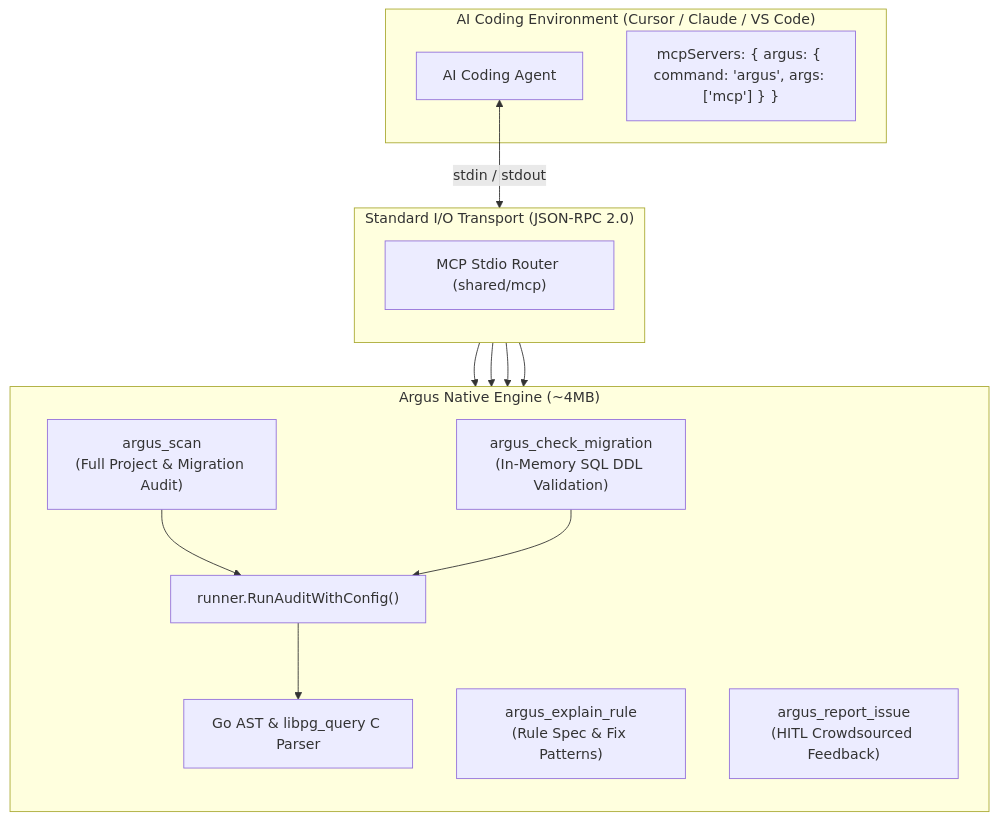
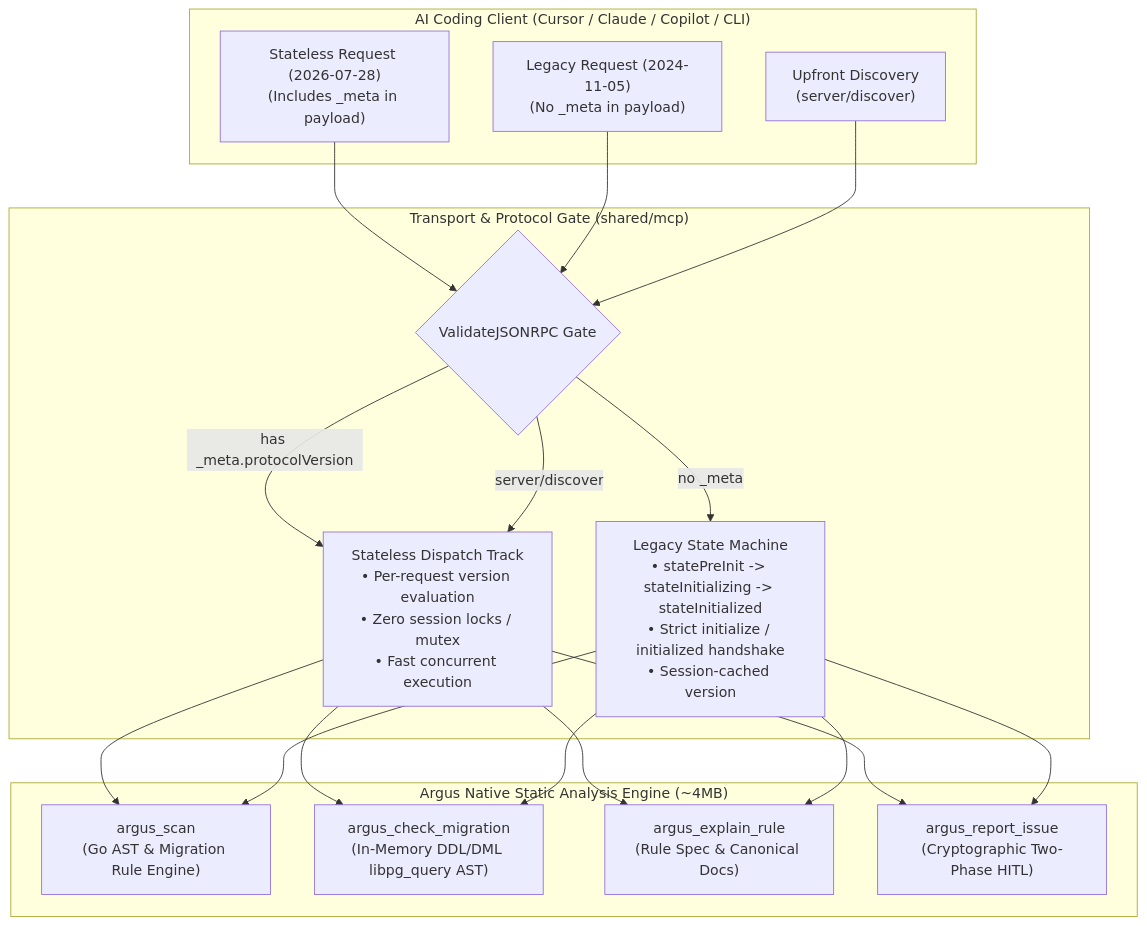
The diagram in wiki/MCP-Server.md (will2469/argus), drawn with Mermaid before and after one commit. The commit also changed other lines of this file and 9 other files, not shown here.

Commit message:
feat: standardize MCP _meta responses, upgrade to 2026-07-28 protocol, and implement permissive _meta key fallback

````diff
--- a/wiki/MCP-Server.md
+++ b/wiki/MCP-Server.md
@@ -16,23 +16,32 @@
 ```mermaid
 flowchart TD
-    subgraph IDE ["AI Coding Environment (Cursor / Claude / VS Code)"]
-        Agent["AI Coding Agent"]
-        Config["mcpServers: { argus: { command: 'argus', args: ['mcp'] } }"]
+    subgraph CLIENT ["AI Coding Client (Cursor / Claude / Copilot / CLI)"]
+        ReqStateless["Stateless Request (2026-07-28)\n(Includes _meta in payload)"]
+        ReqLegacy["Legacy Request (2024-11-05)\n(No _meta in payload)"]
+        ReqDiscover["Upfront Discovery\n(server/discover)"]
     end
 
-    subgraph PROTOCOL ["Standard I/O Transport (JSON-RPC 2.0)"]
-        direction TB
-        Agent <-->|"stdin / stdout"| StdioRouter["MCP Stdio Router (shared/mcp)"]
+    subgraph ROUTER ["Transport & Protocol Gate (shared/mcp)"]
+        Gate{"ValidateJSONRPC Gate"}
+        StatelessTrack["Stateless Dispatch Track\n• Per-request version evaluation\n• Zero session locks / mutex\n• Fast concurrent execution"]
+        LegacyTrack["Legacy State Machine\n• statePreInit -> stateInitializing -> stateInitialized\n• Strict initialize / initialized handshake\n• Session-cached version"]
     end
 
-    subgraph ENGINE ["Argus Native Engine (~4MB)"]
-        direction TB
-        StdioRouter --> Tool1["argus_scan\n(Full Project & Migration Audit)"]
-        StdioRouter --> Tool2["argus_check_migration\n(In-Memory SQL DDL Validation)"]
-        StdioRouter --> Tool3["argus_explain_rule\n(Rule Spec & Fix Patterns)"]
-        StdioRouter --> Tool4["argus_report_issue\n(HITL Crowdsourced Feedback)"]
+    subgraph ENGINE ["Argus Native Static Analysis Engine (~4MB)"]
+        ToolScan["argus_scan\n(Go AST & Migration Rule Engine)"]
+        ToolCheck["argus_check_migration\n(In-Memory DDL/DML libpg_query AST)"]
+        ToolExplain["argus_explain_rule\n(Rule Spec & Canonical Docs)"]
+        ToolReport["argus_report_issue\n(Cryptographic Two-Phase HITL)"]
+    end
 
-        Tool1 & Tool2 --> Runner["runner.RunAuditWithConfig()"]
-        Runner --> AST["Go AST & libpg_query C Parser"]
-    end
+    ReqStateless --> Gate
+    ReqLegacy --> Gate
+    ReqDiscover --> Gate
+
+    Gate -->|"has _meta.protocolVersion"| StatelessTrack
+    Gate -->|"server/discover"| StatelessTrack
+    Gate -->|"no _meta"| LegacyTrack
+
+    StatelessTrack --> ToolScan & ToolCheck & ToolExplain & ToolReport
+    LegacyTrack --> ToolScan & ToolCheck & ToolExplain & ToolReport
 ```
````
